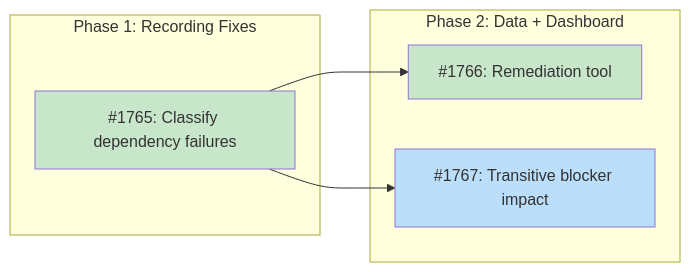
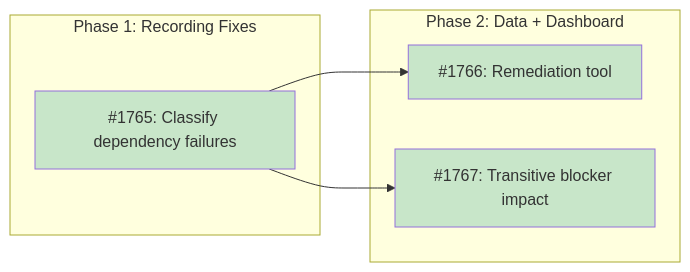
Before and after one commit to tsukumogami/tsuku: the diagram in docs/designs/DESIGN-pipeline-blocker-tracking.md, drawn with Mermaid. The commit also changed other lines of this file, not shown here.

Commit message:
docs: mark all implementation issues done in design doc

````diff
--- a/docs/designs/DESIGN-pipeline-blocker-tracking.md
+++ b/docs/designs/DESIGN-pipeline-blocker-tracking.md
@@ -46,24 +46,24 @@
 ```mermaid
 graph LR
     subgraph Phase1["Phase 1: Recording Fixes"]
         I1765["#1765: Classify dependency failures"]
     end
 
     subgraph Phase2["Phase 2: Data + Dashboard"]
         I1766["#1766: Remediation tool"]
         I1767["#1767: Transitive blocker impact"]
     end
 
     I1765 --> I1766
     I1765 --> I1767
 
     classDef done fill:#c8e6c9
     classDef ready fill:#bbdefb
     classDef blocked fill:#fff9c4
     classDef needsDesign fill:#e1bee7
     classDef tracksDesign fill:#FFE0B2,stroke:#F57C00,color:#000
 
     class I1765 done
     class I1766 done
-    class I1767 ready
+    class I1767 done
 ```
````
